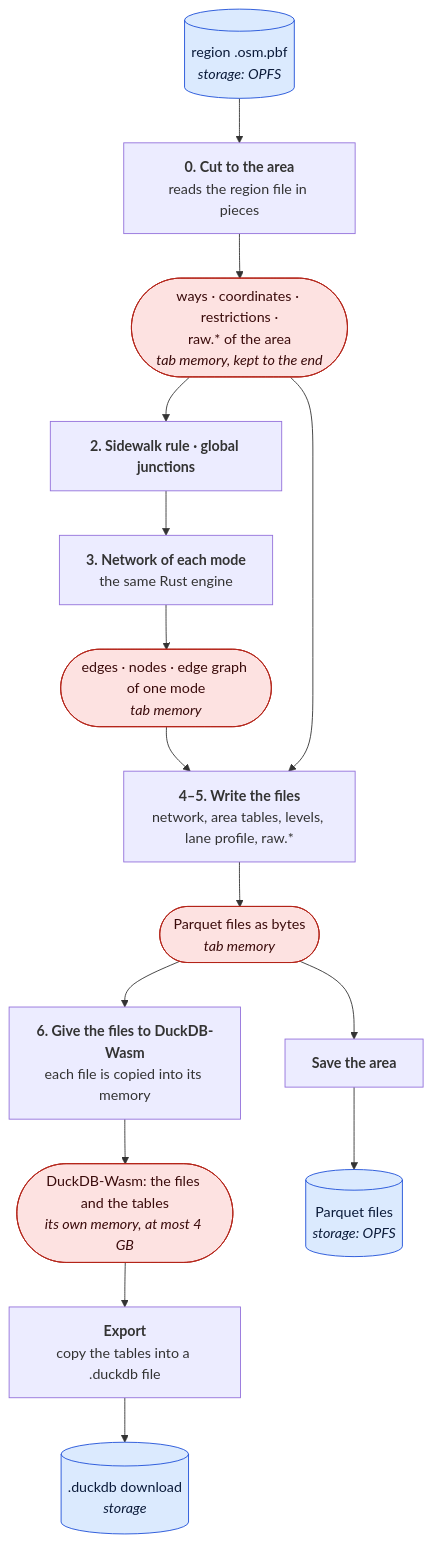
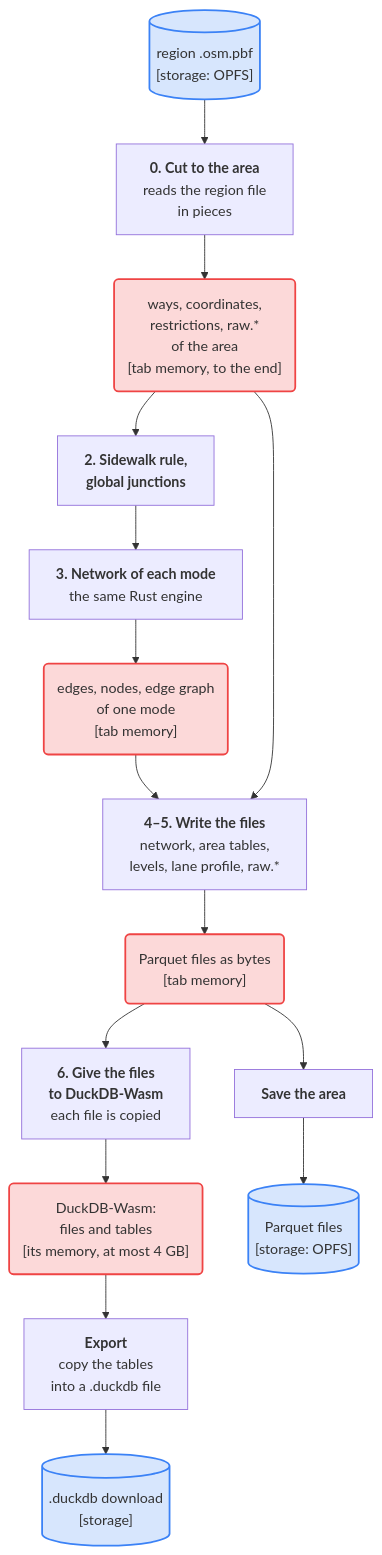
The second of 2 diagrams in docs/concepts/offline-online.md (Khoshkhah/duckOSM), drawn with Mermaid before and after one commit. The commit also changed other lines of this file, not shown here.

First line of the commit message:
docs: offline and online diagrams fit and read in the dark theme

````diff
--- a/docs/concepts/offline-online.md
+++ b/docs/concepts/offline-online.md
@@ -69,30 +70,30 @@
 ```mermaid
 flowchart TB
-    REG[("region .osm.pbf<br/><i>storage: OPFS</i>")]
+    REG[("region .osm.pbf<br/>[storage: OPFS]")]
 
-    S0["<b>0. Cut to the area</b><br/>reads the region file in pieces"]
-    M0(["ways · coordinates · restrictions ·<br/>raw.* of the area<br/><i>tab memory, kept to the end</i>"])
-    S2["<b>2. Sidewalk rule · global junctions</b>"]
+    S0["<b>0. Cut to the area</b><br/>reads the region file<br/>in pieces"]
+    M0("ways, coordinates,<br/>restrictions, raw.*<br/>of the area<br/>[tab memory, to the end]")
+    S2["<b>2. Sidewalk rule,</b><br/><b>global junctions</b>"]
     S3["<b>3. Network of each mode</b><br/>the same Rust engine"]
-    M3(["edges · nodes · edge graph of one mode<br/><i>tab memory</i>"])
-    S4["<b>4–5. Write the files</b><br/>network, area tables, levels, lane profile, raw.*"]
-    M4(["Parquet files as bytes<br/><i>tab memory</i>"])
-    S6["<b>6. Give the files to DuckDB-Wasm</b><br/>each file is copied into its memory"]
-    M6(["DuckDB-Wasm: the files and the tables<br/><i>its own memory, at most 4 GB</i>"])
+    M3("edges, nodes, edge graph<br/>of one mode<br/>[tab memory]")
+    S4["<b>4–5. Write the files</b><br/>network, area tables,<br/>levels, lane profile, raw.*"]
+    M4("Parquet files as bytes<br/>[tab memory]")
+    S6["<b>6. Give the files</b><br/><b>to DuckDB-Wasm</b><br/>each file is copied"]
+    M6("DuckDB-Wasm:<br/>files and tables<br/>[its memory, at most 4 GB]")
     SAVE["<b>Save the area</b>"]
-    O[("Parquet files<br/><i>storage: OPFS</i>")]
-    EXP["<b>Export</b><br/>copy the tables into a .duckdb file"]
-    DL[(".duckdb download<br/><i>storage</i>")]
+    O[("Parquet files<br/>[storage: OPFS]")]
+    EXP["<b>Export</b><br/>copy the tables<br/>into a .duckdb file"]
+    DL[(".duckdb download<br/>[storage]")]
 
     REG --> S0 --> M0
     M0 --> S2 --> S3 --> M3 --> S4
     M0 --> S4
     S4 --> M4 --> S6 --> M6
     M4 --> SAVE --> O
     M6 --> EXP --> DL
 
-    classDef disk fill:#dbeafe,stroke:#1d4ed8,color:#0b1b3a
-    classDef mem fill:#fde2e1,stroke:#b42318,color:#3a0b0b
+    classDef disk fill:#3b82f633,stroke:#3b82f6,stroke-width:2px
+    classDef mem fill:#ef444433,stroke:#ef4444,stroke-width:2px
     class REG,O,DL disk
     class M0,M3,M4,M6 mem
 ```
````
